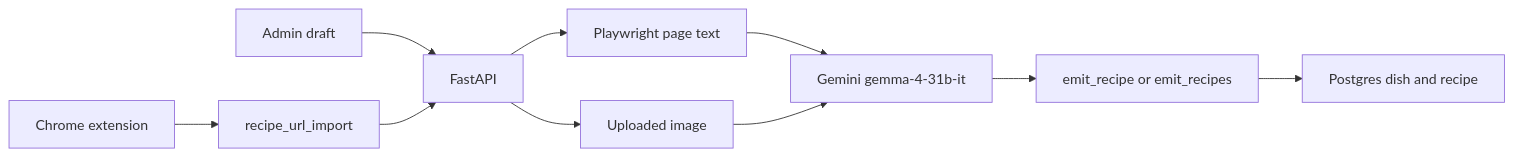
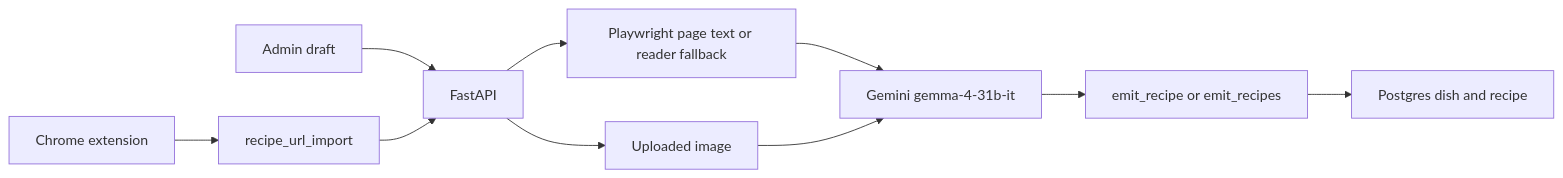
The diagram in docs/decisions/2026-09-25-gemini-recipe-extract.md (MathieuLaureti/cooking_website), drawn with Mermaid before and after one commit. The commit also changed 6 other files, not shown here.

First line of the commit message:
[import] Fallback when Playwright hits Cloudflare on recipe URLs

````diff
--- a/docs/decisions/2026-09-25-gemini-recipe-extract.md
+++ b/docs/decisions/2026-09-25-gemini-recipe-extract.md
@@ -7,12 +7,12 @@
 ```mermaid
 flowchart LR
   admin[Admin draft] --> server[FastAPI]
-  server --> playwright[Playwright page text]
+  server --> playwright[Playwright page text or reader fallback]
   server --> image[Uploaded image]
   playwright --> gemini[Gemini gemma-4-31b-it]
   image --> gemini
   gemini --> emit[emit_recipe or emit_recipes]
   emit --> postgres[Postgres dish and recipe]
   extension[Chrome extension] --> queue[recipe_url_import]
   queue --> server
 ```
````
